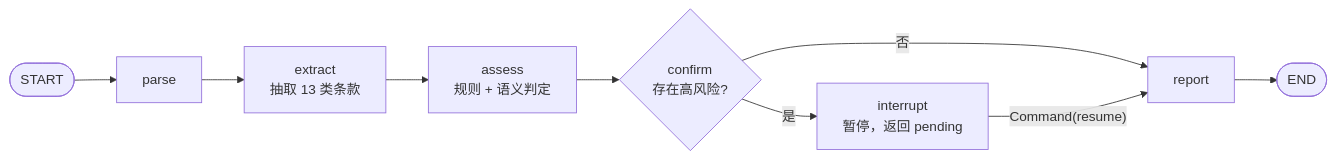
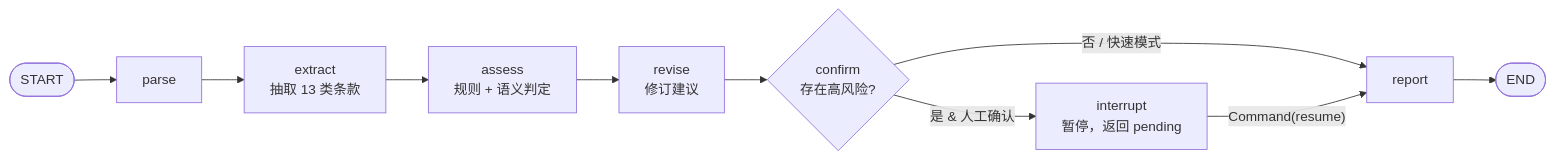
The sixth of 6 diagrams in docs/architecture.md (Chenchengg77/contract-review-agent), drawn with Mermaid before and after one commit. The commit also changed other lines of this file and 7 other files, not shown here.

First line of the commit message:
refactor: 审查主链路改为 LangGraph 状态图（快速 + 人工确认共用一套节点）

````diff
--- a/docs/architecture.md
+++ b/docs/architecture.md
@@ -181,11 +181,12 @@
 ```mermaid
 flowchart LR
     S([START]) --> P["parse"]
     P --> E["extract<br/>抽取 13 类条款"]
     E --> A["assess<br/>规则 + 语义判定"]
-    A --> C{"confirm<br/>存在高风险?"}
-    C -- 否 --> R["report"]
-    C -- 是 --> I["interrupt<br/>暂停，返回 pending"]
+    A --> RV["revise<br/>修订建议"]
+    RV --> C{"confirm<br/>存在高风险?"}
+    C -- "否 / 快速模式" --> R["report"]
+    C -- "是 & 人工确认" --> I["interrupt<br/>暂停，返回 pending"]
     I -- "Command(resume)" --> R
     R --> EN([END])
 ```
````
